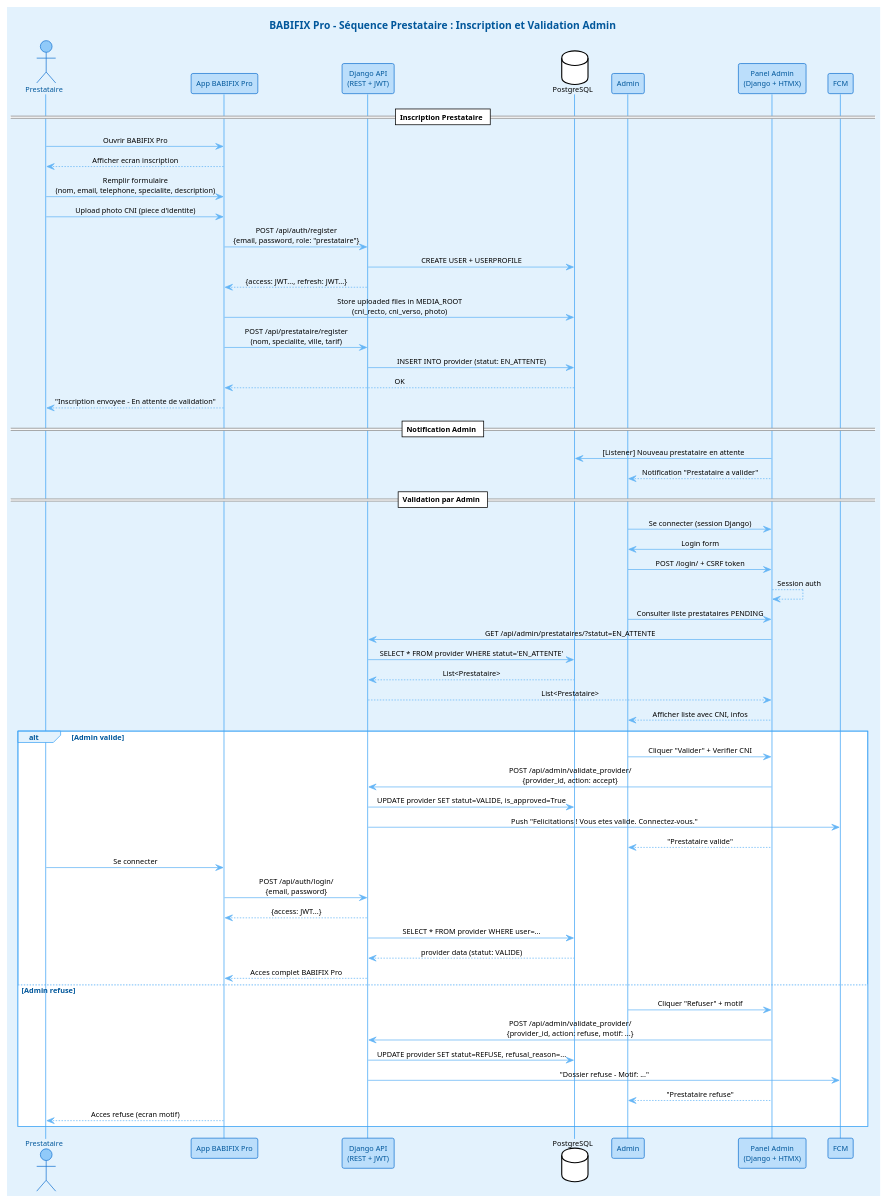
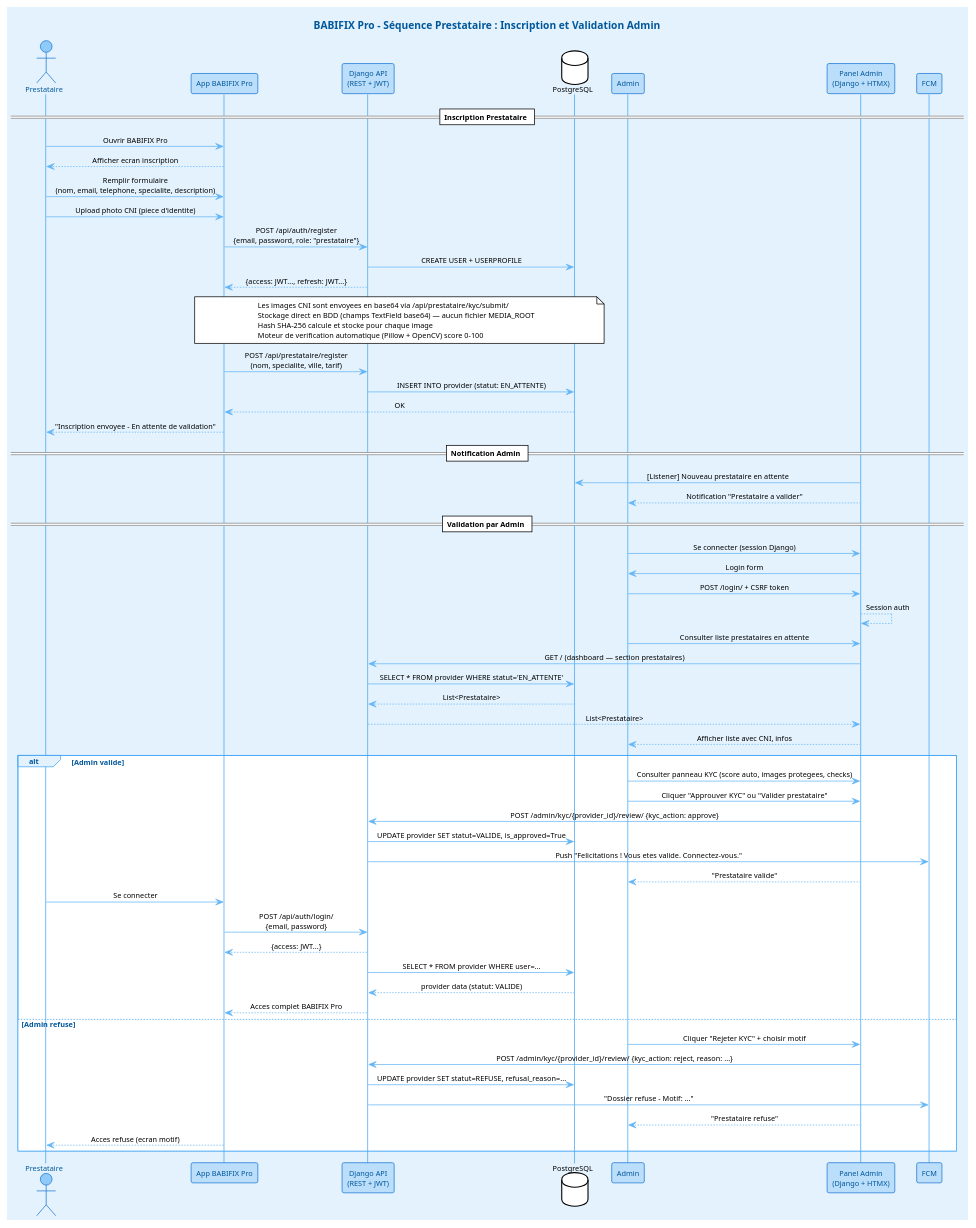
Before and after one commit to yvan2007/new-babifixbuild: the diagram in UML_DIAGRAMMES/04_sequence_prestataire_inscription.puml, drawn with PlantUML. The commit also changed 80 other files, not shown here.

```diff
--- a/UML_DIAGRAMMES/04_sequence_prestataire_inscription.puml
+++ b/UML_DIAGRAMMES/04_sequence_prestataire_inscription.puml
@@ -1,116 +1,122 @@
 @startuml BABIFIX Pro - Séquence Prestataire : Inscription et Validation Admin
 !theme plain
 
 ' Parametres globaux
 skinparam backgroundColor #E3F2FD
 skinparam sequenceMessageAlign center
 skinparam defaultFontName Segoe UI
 skinparam defaultFontSize 10
 skinparam titleFontSize 14
 skinparam titleFontColor #01579B
 
 ' Participants et acteurs
 skinparam participant {
   BackgroundColor #BBDEFB
   BorderColor #1976D2
   FontColor #01579B
 }
 
 skinparam actor {
   BackgroundColor #90CAF9
   BorderColor #1976D2
   FontColor #01579B
 }
 
 skinparam sequenceArrow {
   Color #64B5F6
 }
 
 skinparam sequenceLifeLine {
   BorderColor #42A5F5
   BackgroundColor #E3F2FD
 }
 
 skinparam sequenceGroup {
   BackgroundColor #E3F2FD
   BorderColor #42A5F5
   FontColor #01579B
   HeaderBackgroundColor #BBDEFB
   HeaderFontColor #01579B
 }
 
 title **BABIFIX Pro** - Séquence Prestataire : Inscription et Validation Admin
 
 actor "Prestataire" as Prestataire
 participant "App BABIFIX Pro" as App
 participant "Django API\n(REST + JWT)" as API
 database "PostgreSQL" as DB
 participant "Admin" as Admin
 participant "Panel Admin\n(Django + HTMX)" as AdminPanel
 
 == Inscription Prestataire ==
 
 Prestataire -> App : Ouvrir BABIFIX Pro
 App --> Prestataire : Afficher ecran inscription
 
 Prestataire -> App : Remplir formulaire\n(nom, email, telephone, specialite, description)
 Prestataire -> App : Upload photo CNI (piece d'identite)
 
 ' Creation du compte Django
 App -> API : POST /api/auth/register\n{email, password, role: "prestataire"}
 API -> DB : CREATE USER + USERPROFILE
 API --> App : {access: JWT..., refresh: JWT...}
 
-' Upload CNI en multipart avec le meme POST
-App -> DB : Store uploaded files in MEDIA_ROOT\n(cni_recto, cni_verso, photo)
+' Soumission KYC separee (base64 en BDD — pas de stockage fichier)
+note over App,DB
+  Les images CNI sont envoyees en base64 via /api/prestataire/kyc/submit/
+  Stockage direct en BDD (champs TextField base64) — aucun fichier MEDIA_ROOT
+  Hash SHA-256 calcule et stocke pour chaque image
+  Moteur de verification automatique (Pillow + OpenCV) score 0-100
+end note
 
 App -> API : POST /api/prestataire/register\n(nom, specialite, ville, tarif)
 API -> DB : INSERT INTO provider (statut: EN_ATTENTE)
 DB --> App : OK
 
 App --> Prestataire : "Inscription envoyee - En attente de validation"
 
 == Notification Admin ==
 
 ' Notification via WebSocket ou polling
 AdminPanel -> DB : [Listener] Nouveau prestataire en attente
 AdminPanel --> Admin : Notification "Prestataire a valider"
 
 == Validation par Admin ==
 
 Admin -> AdminPanel : Se connecter (session Django)
 AdminPanel -> Admin : Login form
 Admin -> AdminPanel : POST /login/ + CSRF token
 AdminPanel --> AdminPanel : Session auth
 
-Admin -> AdminPanel : Consulter liste prestataires PENDING
-AdminPanel -> API : GET /api/admin/prestataires/?statut=EN_ATTENTE
+Admin -> AdminPanel : Consulter liste prestataires en attente
+AdminPanel -> API : GET / (dashboard — section prestataires)
 API -> DB : SELECT * FROM provider WHERE statut='EN_ATTENTE'
 DB --> API : List<Prestataire>
 API --> AdminPanel : List<Prestataire>
 AdminPanel --> Admin : Afficher liste avec CNI, infos
 
 alt Admin valide
-    Admin -> AdminPanel : Cliquer "Valider" + Verifier CNI
-    AdminPanel -> API : POST /api/admin/validate_provider/\n{provider_id, action: accept}
+    Admin -> AdminPanel : Consulter panneau KYC (score auto, images protegees, checks)
+    Admin -> AdminPanel : Cliquer "Approuver KYC" ou "Valider prestataire"
+    AdminPanel -> API : POST /admin/kyc/{provider_id}/review/ {kyc_action: approve}
     API -> DB : UPDATE provider SET statut=VALIDE, is_approved=True
     API -> FCM : Push "Felicitations ! Vous etes valide. Connectez-vous."
     AdminPanel --> Admin : "Prestataire valide"
 
     Prestataire -> App : Se connecter
     App -> API : POST /api/auth/login/\n{email, password}
     API --> App : {access: JWT...}
     API -> DB : SELECT * FROM provider WHERE user=...
     DB --> API : provider data (statut: VALIDE)
     API --> App : Acces complet BABIFIX Pro
 
 else Admin refuse
-    Admin -> AdminPanel : Cliquer "Refuser" + motif
-    AdminPanel -> API : POST /api/admin/validate_provider/\n{provider_id, action: refuse, motif: ...}
+    Admin -> AdminPanel : Cliquer "Rejeter KYC" + choisir motif
+    AdminPanel -> API : POST /admin/kyc/{provider_id}/review/ {kyc_action: reject, reason: ...}
     API -> DB : UPDATE provider SET statut=REFUSE, refusal_reason=...
     API -> FCM : "Dossier refuse - Motif: ..."
     AdminPanel --> Admin : "Prestataire refuse"
     App --> Prestataire : Acces refuse (ecran motif)
 end
 
 @enduml
```
